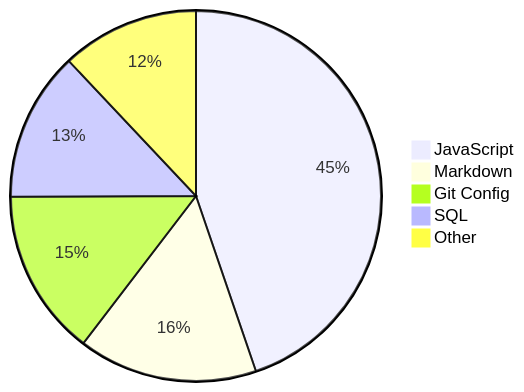
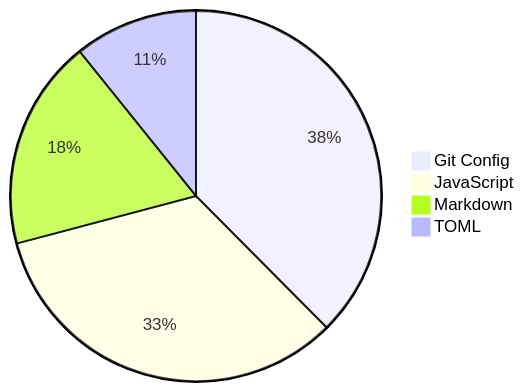
One commit to Alicia111/alicia111 changed the diagram in README.md. Above: the diagram before and after it, drawn with Mermaid.

Commit message:
Update WakaTime stats (・ω・)b

````diff
--- a/README.md
+++ b/README.md
@@ -32,8 +32,7 @@
 ```mermaid
 pie
-    "JavaScript" : 41.13
-    "Markdown" : 14.37
-    "Git Config" : 13.36
-    "SQL" : 11.99
-    "Other" : 11.05
+    "Git Config" : 37.55
+    "JavaScript" : 33.32
+    "Markdown" : 18.34
+    "TOML" : 10.78
 ```
````
